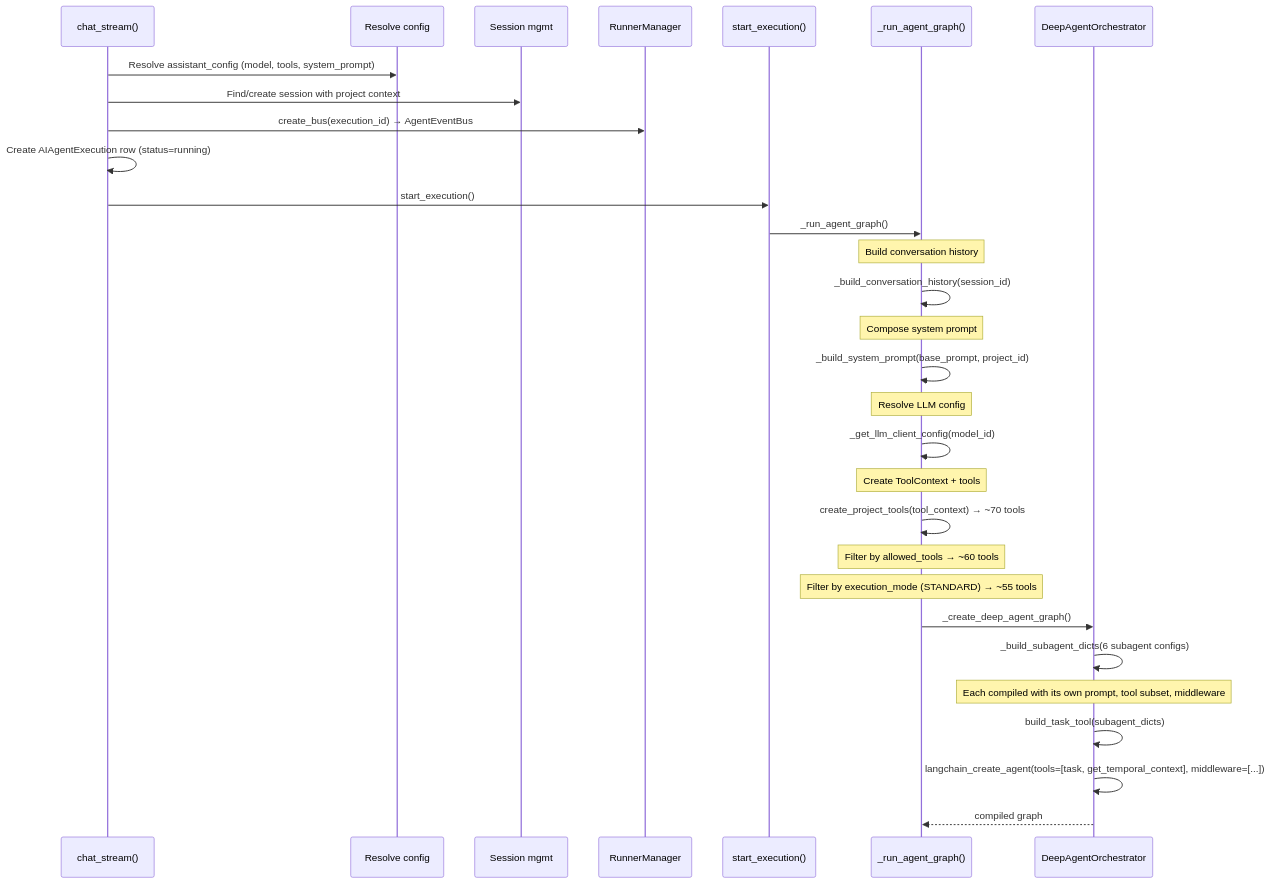
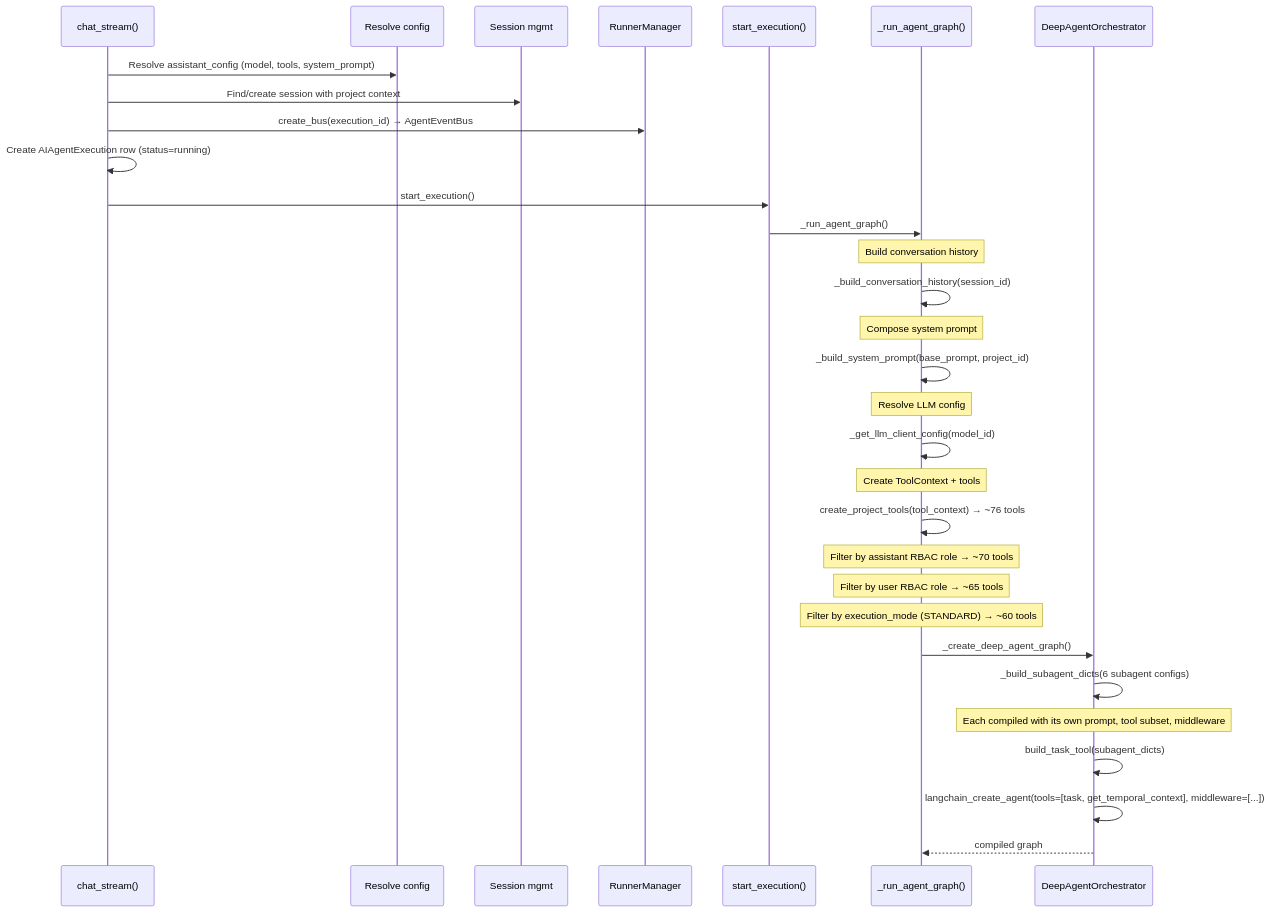
Before and after one commit to ogghst/backcast: the seventh of 9 diagrams in docs/02-architecture/ai/agent-orchestration-guide.md, drawn with Mermaid. The commit also changed other lines of this file and 13 other files, not shown here.

First line of the commit message:
refactor: remove allowed_tools from AI assistant configuration

````diff
--- a/docs/02-architecture/ai/agent-orchestration-guide.md
+++ b/docs/02-architecture/ai/agent-orchestration-guide.md
@@ -597,35 +604,36 @@
 ```mermaid
 sequenceDiagram
     participant CS as chat_stream()
     participant RAC as Resolve config
     participant SES as Session mgmt
     participant RM as RunnerManager
     participant SE as start_execution()
     participant RAG as _run_agent_graph()
     participant DAO as DeepAgentOrchestrator
 
     CS->>RAC: Resolve assistant_config (model, tools, system_prompt)
     CS->>SES: Find/create session with project context
     CS->>RM: create_bus(execution_id) → AgentEventBus
     CS->>CS: Create AIAgentExecution row (status=running)
     CS->>SE: start_execution()
     SE->>RAG: _run_agent_graph()
 
     Note over RAG: Build conversation history
     RAG->>RAG: _build_conversation_history(session_id)
     Note over RAG: Compose system prompt
     RAG->>RAG: _build_system_prompt(base_prompt, project_id)
     Note over RAG: Resolve LLM config
     RAG->>RAG: _get_llm_client_config(model_id)
     Note over RAG: Create ToolContext + tools
-    RAG->>RAG: create_project_tools(tool_context) → ~70 tools
-    Note over RAG: Filter by allowed_tools → ~60 tools
-    Note over RAG: Filter by execution_mode (STANDARD) → ~55 tools
+    RAG->>RAG: create_project_tools(tool_context) → ~76 tools
+    Note over RAG: Filter by assistant RBAC role → ~70 tools
+    Note over RAG: Filter by user RBAC role → ~65 tools
+    Note over RAG: Filter by execution_mode (STANDARD) → ~60 tools
 
     RAG->>DAO: _create_deep_agent_graph()
     DAO->>DAO: _build_subagent_dicts(6 subagent configs)
     Note over DAO: Each compiled with its own prompt, tool subset, middleware
     DAO->>DAO: build_task_tool(subagent_dicts)
     DAO->>DAO: langchain_create_agent(tools=[task, get_temporal_context], middleware=[...])
     DAO-->>RAG: compiled graph
 ```
````
